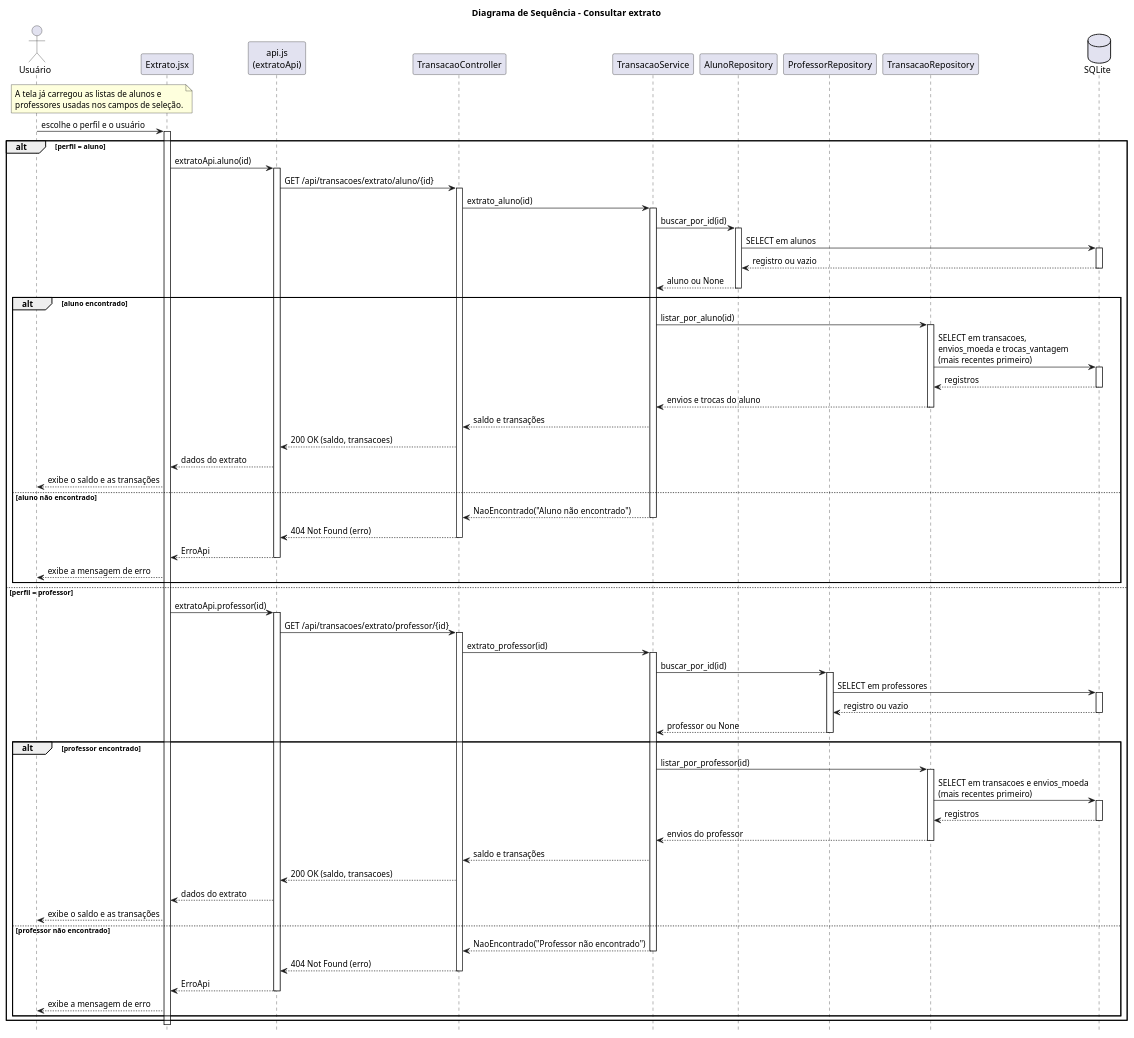
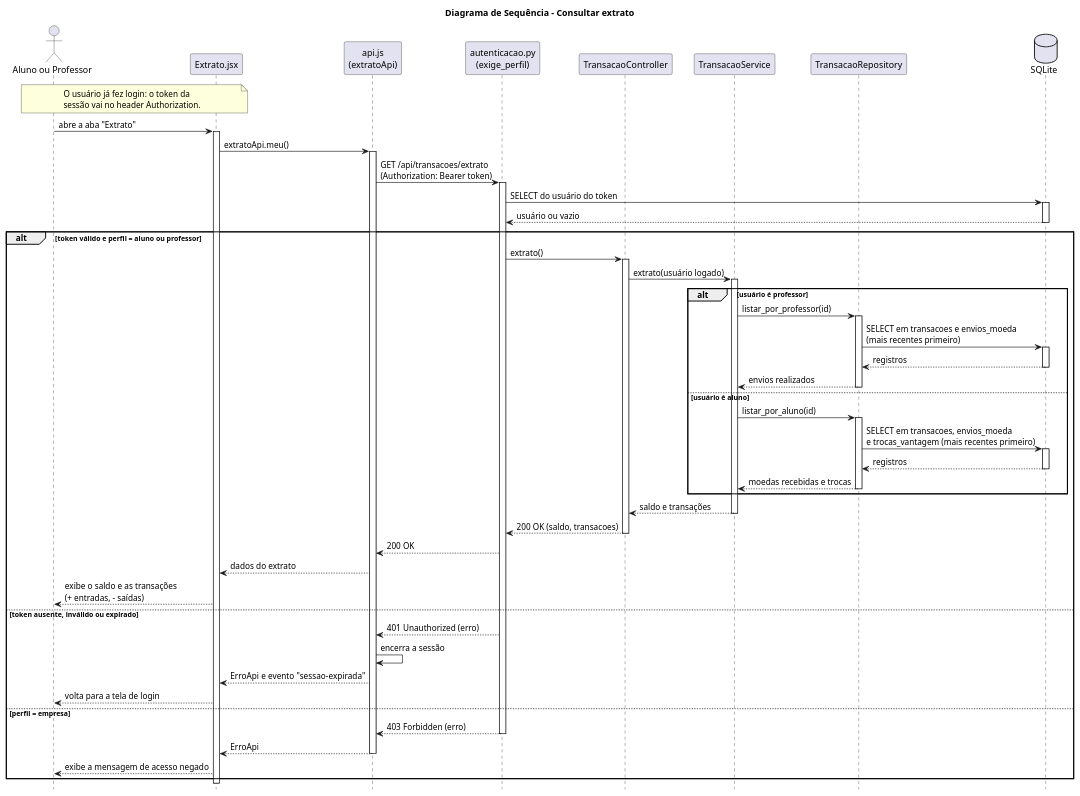
Before and after one commit to devglucas/Lab03S01---Moeda-Estudantil: the diagram in docs/diagrama_de_sequencia_consultar_extrato.puml, drawn with PlantUML.

Commit message:
docs: atualiza o diagrama do extrato para o usuario logado

```diff
--- a/docs/diagrama_de_sequencia_consultar_extrato.puml
+++ b/docs/diagrama_de_sequencia_consultar_extrato.puml
@@ -1,107 +1,83 @@
 @startuml consultar-extrato
 skinparam shadowing false
 skinparam defaultFontName Helvetica
 hide footbox
 
 title Diagrama de Sequência - Consultar extrato
 
-actor "Usuário" as usuario
+actor "Aluno ou Professor" as usuario
 participant "Extrato.jsx" as tela
 participant "api.js\n(extratoApi)" as api
+participant "autenticacao.py\n(exige_perfil)" as auth
 participant "TransacaoController" as controller
 participant "TransacaoService" as service
-participant "AlunoRepository" as alunos
-participant "ProfessorRepository" as professores
 participant "TransacaoRepository" as transacoes
 database "SQLite" as banco
 
 note over usuario, tela
-  A tela já carregou as listas de alunos e
-  professores usadas nos campos de seleção.
+  O usuário já fez login: o token da
+  sessão vai no header Authorization.
 end note
 
-usuario -> tela : escolhe o perfil e o usuário
+usuario -> tela : abre a aba "Extrato"
 activate tela
+tela -> api : extratoApi.meu()
+activate api
+api -> auth : GET /api/transacoes/extrato\n(Authorization: Bearer token)
+activate auth
+auth -> banco : SELECT do usuário do token
+activate banco
+banco --> auth : usuário ou vazio
+deactivate banco
 
-alt perfil = aluno
-  tela -> api : extratoApi.aluno(id)
-  activate api
-  api -> controller : GET /api/transacoes/extrato/aluno/{id}
+alt token válido e perfil = aluno ou professor
+  auth -> controller : extrato()
   activate controller
-  controller -> service : extrato_aluno(id)
+  controller -> service : extrato(usuário logado)
   activate service
-  service -> alunos : buscar_por_id(id)
-  activate alunos
-  alunos -> banco : SELECT em alunos
-  activate banco
-  banco --> alunos : registro ou vazio
-  deactivate banco
-  alunos --> service : aluno ou None
-  deactivate alunos
 
-  alt aluno encontrado
-    service -> transacoes : listar_por_aluno(id)
-    activate transacoes
-    transacoes -> banco : SELECT em transacoes,\nenvios_moeda e trocas_vantagem\n(mais recentes primeiro)
-    activate banco
-    banco --> transacoes : registros
-    deactivate banco
-    transacoes --> service : envios e trocas do aluno
-    deactivate transacoes
-    service --> controller : saldo e transações
-    controller --> api : 200 OK (saldo, transacoes)
-    api --> tela : dados do extrato
-    tela --> usuario : exibe o saldo e as transações
-  else aluno não encontrado
-    service --> controller : NaoEncontrado("Aluno não encontrado")
-    deactivate service
-    controller --> api : 404 Not Found (erro)
-    deactivate controller
-    api --> tela : ErroApi
-    deactivate api
-    tela --> usuario : exibe a mensagem de erro
-  end
-
-else perfil = professor
-  tela -> api : extratoApi.professor(id)
-  activate api
-  api -> controller : GET /api/transacoes/extrato/professor/{id}
-  activate controller
-  controller -> service : extrato_professor(id)
-  activate service
-  service -> professores : buscar_por_id(id)
-  activate professores
-  professores -> banco : SELECT em professores
-  activate banco
-  banco --> professores : registro ou vazio
-  deactivate banco
-  professores --> service : professor ou None
-  deactivate professores
-
-  alt professor encontrado
+  alt usuário é professor
     service -> transacoes : listar_por_professor(id)
     activate transacoes
     transacoes -> banco : SELECT em transacoes e envios_moeda\n(mais recentes primeiro)
     activate banco
     banco --> transacoes : registros
     deactivate banco
-    transacoes --> service : envios do professor
+    transacoes --> service : envios realizados
     deactivate transacoes
-    service --> controller : saldo e transações
-    controller --> api : 200 OK (saldo, transacoes)
-    api --> tela : dados do extrato
-    tela --> usuario : exibe o saldo e as transações
-  else professor não encontrado
-    service --> controller : NaoEncontrado("Professor não encontrado")
-    deactivate service
-    controller --> api : 404 Not Found (erro)
-    deactivate controller
-    api --> tela : ErroApi
-    deactivate api
-    tela --> usuario : exibe a mensagem de erro
+  else usuário é aluno
+    service -> transacoes : listar_por_aluno(id)
+    activate transacoes
+    transacoes -> banco : SELECT em transacoes, envios_moeda\ne trocas_vantagem (mais recentes primeiro)
+    activate banco
+    banco --> transacoes : registros
+    deactivate banco
+    transacoes --> service : moedas recebidas e trocas
+    deactivate transacoes
   end
+
+  service --> controller : saldo e transações
+  deactivate service
+  controller --> auth : 200 OK (saldo, transacoes)
+  deactivate controller
+  auth --> api : 200 OK
+  api --> tela : dados do extrato
+  tela --> usuario : exibe o saldo e as transações\n(+ entradas, - saídas)
+
+else token ausente, inválido ou expirado
+  auth --> api : 401 Unauthorized (erro)
+  api -> api : encerra a sessão
+  api --> tela : ErroApi e evento "sessao-expirada"
+  tela --> usuario : volta para a tela de login
+
+else perfil = empresa
+  auth --> api : 403 Forbidden (erro)
+  deactivate auth
+  api --> tela : ErroApi
+  deactivate api
+  tela --> usuario : exibe a mensagem de acesso negado
 end
 
 deactivate tela
 
 @enduml
```
